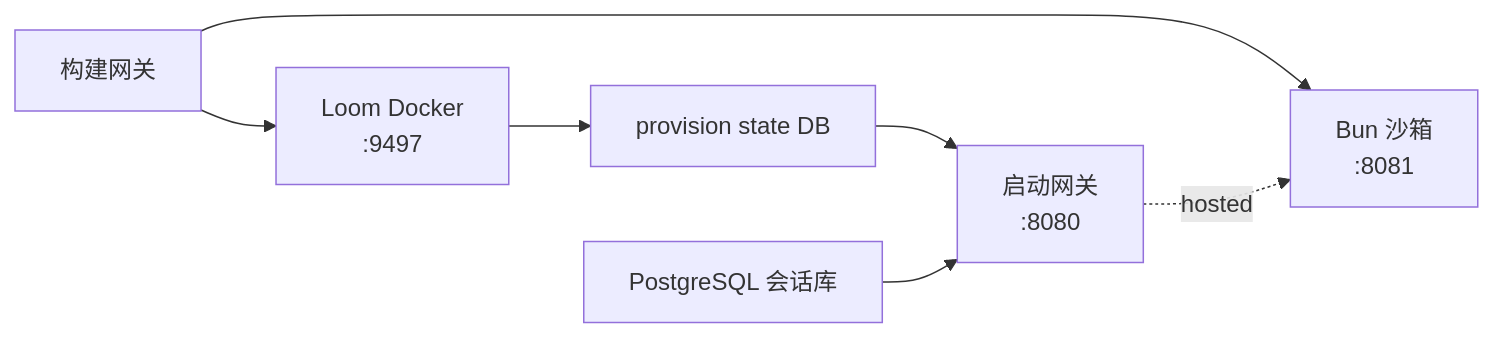
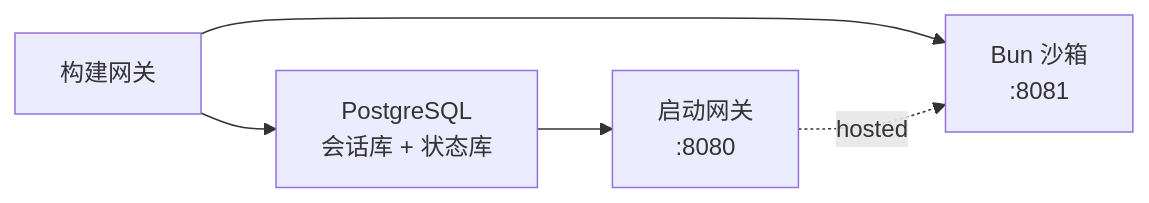
Before and after one commit to KonghaYao/peri: the first of 3 diagrams in peri-swarm/README.md, drawn with Mermaid. The commit also changed other lines of this file and 32 other files, not shown here.

First line of the commit message:
feat(swarm): 状态库迁移到 PostgreSQL（Loom/Turso 适配器退场）

````diff
--- a/peri-swarm/README.md
+++ b/peri-swarm/README.md
@@ -89,9 +90,7 @@
 ```mermaid
 flowchart LR
-  BUILD["构建网关"] --> LOOM["Loom Docker<br/>:9497"]
-  LOOM --> PROV["provision state DB"]
-  PROV --> GW["启动网关<br/>:8080"]
-  PG["PostgreSQL 会话库"] --> GW
+  BUILD["构建网关"] --> DB["PostgreSQL<br/>会话库 + 状态库"]
+  DB --> GW["启动网关<br/>:8080"]
   BUILD --> BUN["Bun 沙箱<br/>:8081"]
   GW -.->|"hosted"| BUN
 ```
````
